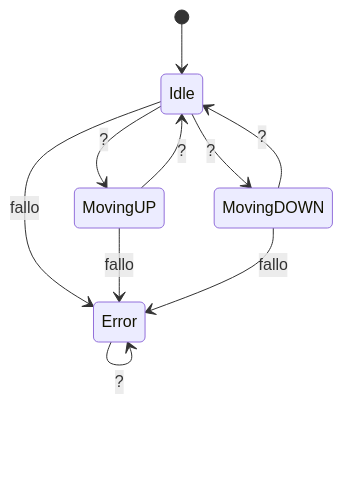
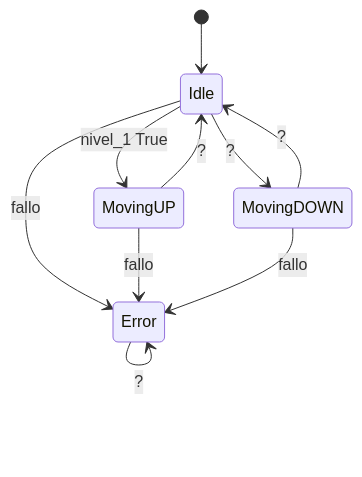
The diagram in SOLUCION.md (sfernandezrodriguez-eng/examenmaquina), drawn with Mermaid before and after one commit. The commit also changed 1 other file, not shown here.

Commit message:
Haciendo que error sea permanente

````diff
--- a/SOLUCION.md
+++ b/SOLUCION.md
@@ -19,17 +19,17 @@
 ```mermaid
 stateDiagram-v2
     [*] --> Idle
 
-    Idle --> MovingUP: ?
+    Idle --> MovingUP: nivel_1 True
     MovingUP --> Idle: ?
 
     Idle --> MovingDOWN: ?
     MovingDOWN --> Idle: ?
 
     Idle --> Error: fallo
     MovingUP --> Error: fallo
     MovingDOWN --> Error: fallo
     Error --> Error: ?
 
 
 ```
````
